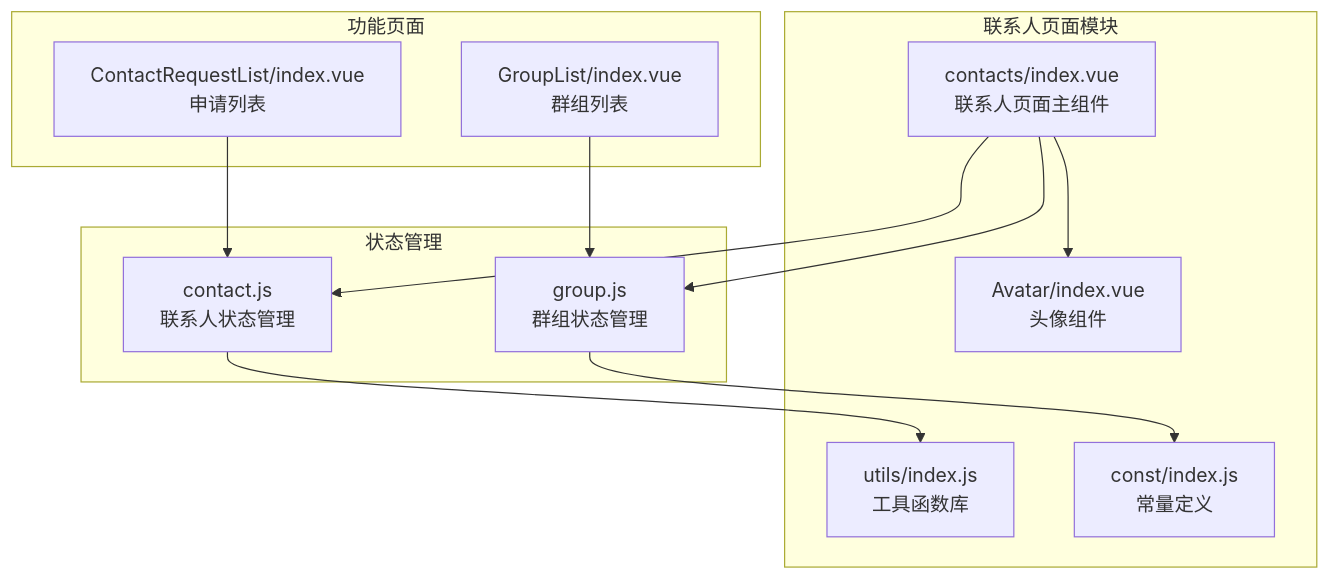
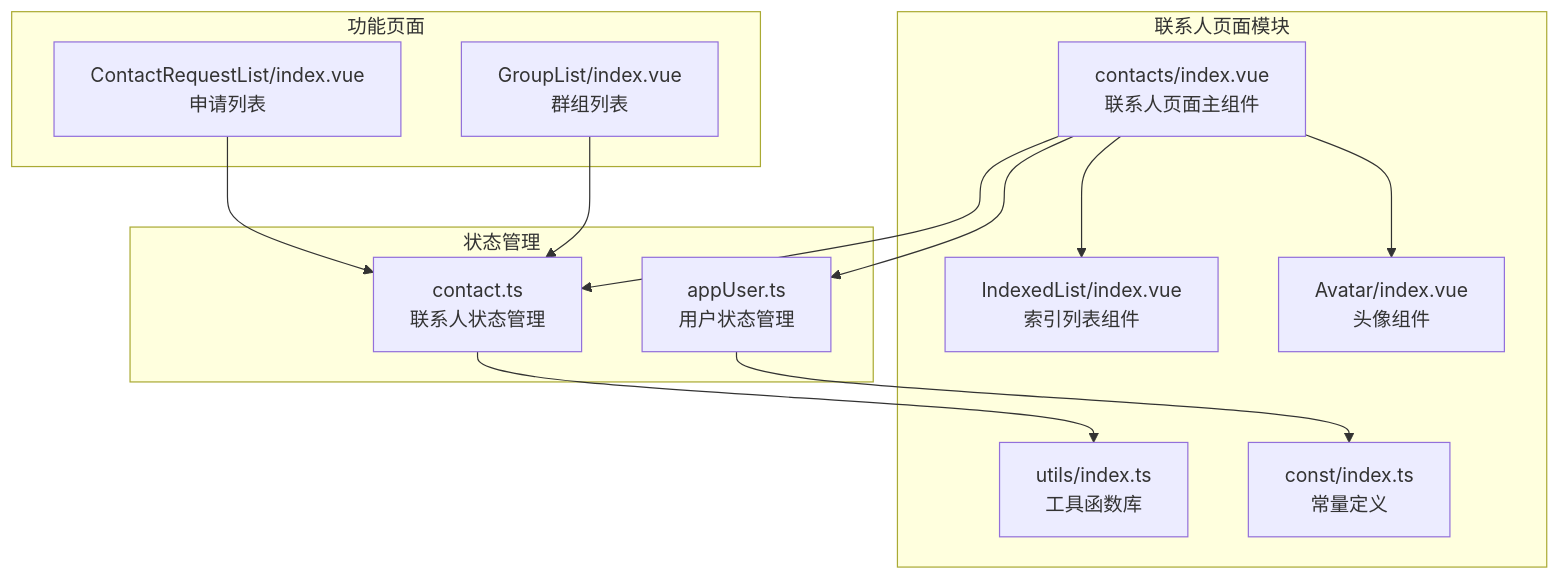
The first of 9 diagrams in .qoder/repowiki/zh/content/Contacts Page.md (Easemob-Community/easemob-uikit-uniapp-community), drawn with Mermaid before and after one commit. The commit also changed other lines of this file and 6 other files, not shown here.

````diff
--- a/.qoder/repowiki/zh/content/Contacts Page.md
+++ b/.qoder/repowiki/zh/content/Contacts Page.md
@@ -42,24 +46,26 @@
 ```mermaid
 graph TB
 subgraph "联系人页面模块"
 ContactsPage[contacts/index.vue<br/>联系人页面主组件]
+IndexedList[IndexedList/index.vue<br/>索引列表组件]
 Avatar[Avatar/index.vue<br/>头像组件]
-Utils[utils/index.js<br/>工具函数库]
-Const[const/index.js<br/>常量定义]
+Utils[utils/index.ts<br/>工具函数库]
+Const[const/index.ts<br/>常量定义]
 end
 subgraph "状态管理"
-ContactStore[contact.js<br/>联系人状态管理]
-GroupStore[group.js<br/>群组状态管理]
+ContactStore[contact.ts<br/>联系人状态管理]
+AppUserStore[appUser.ts<br/>用户状态管理]
 end
 subgraph "功能页面"
 ContactRequestList[ContactRequestList/index.vue<br/>申请列表]
 GroupList[GroupList/index.vue<br/>群组列表]
 end
+ContactsPage --> IndexedList
 ContactsPage --> Avatar
 ContactsPage --> ContactStore
-ContactsPage --> GroupStore
+ContactsPage --> AppUserStore
 ContactStore --> Utils
-GroupStore --> Const
+AppUserStore --> Const
 ContactRequestList --> ContactStore
-GroupList --> GroupStore
+GroupList --> ContactStore
 ```
````
